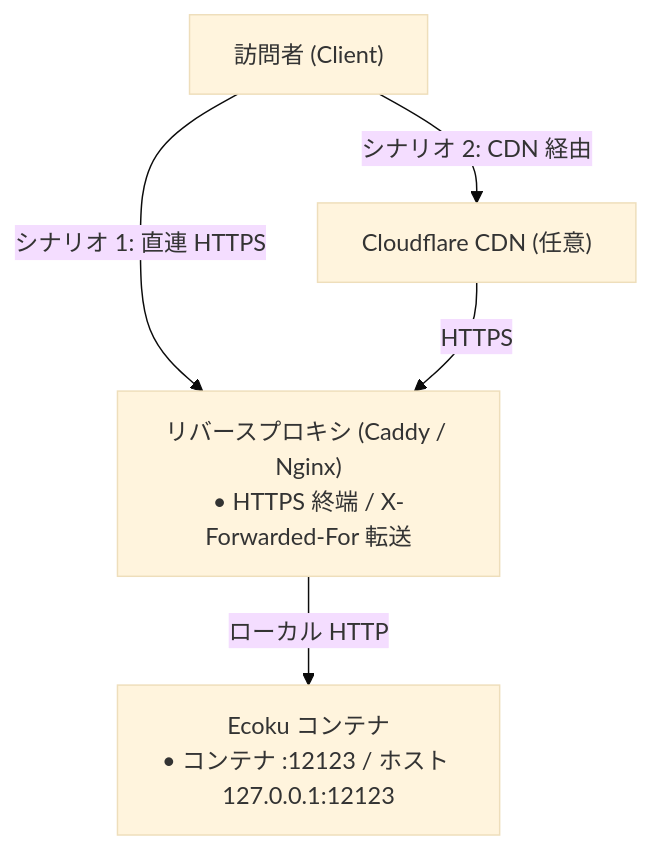
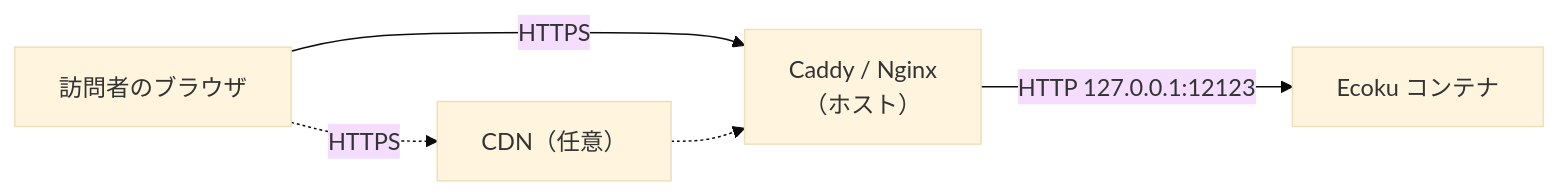
One commit to DejavuMoe/Ecoku changed the diagram in docs/ja/self-hosting/reverse-proxy.md. Above: the diagram before and after it, drawn with Mermaid (base theme). The commit also changed other lines of this file and 165 other files, not shown here.

````diff
--- a/docs/ja/self-hosting/reverse-proxy.md
+++ b/docs/ja/self-hosting/reverse-proxy.md
@@ -9,12 +12,6 @@
 ```mermaid
-flowchart TD
-    V["訪問者 (Client)"]
-    CDN["Cloudflare CDN (任意)"]
-    Proxy["リバースプロキシ (Caddy / Nginx)<br/>• HTTPS 終端 / X-Forwarded-For 転送"]
-    Container["Ecoku コンテナ<br/>• コンテナ :12123 / ホスト 127.0.0.1:12123"]
-
-    V -->|シナリオ 1: 直連 HTTPS| Proxy
-    V -->|シナリオ 2: CDN 経由| CDN
-    CDN -->|HTTPS| Proxy
-    Proxy -->|ローカル HTTP| Container
+flowchart LR
+    V["訪問者のブラウザ"] -->|HTTPS| P["Caddy / Nginx<br/>（ホスト）"]
+    V -.->|HTTPS| C["CDN（任意）"] -.-> P
+    P -->|"HTTP 127.0.0.1:12123"| E["Ecoku コンテナ"]
 ```
````
